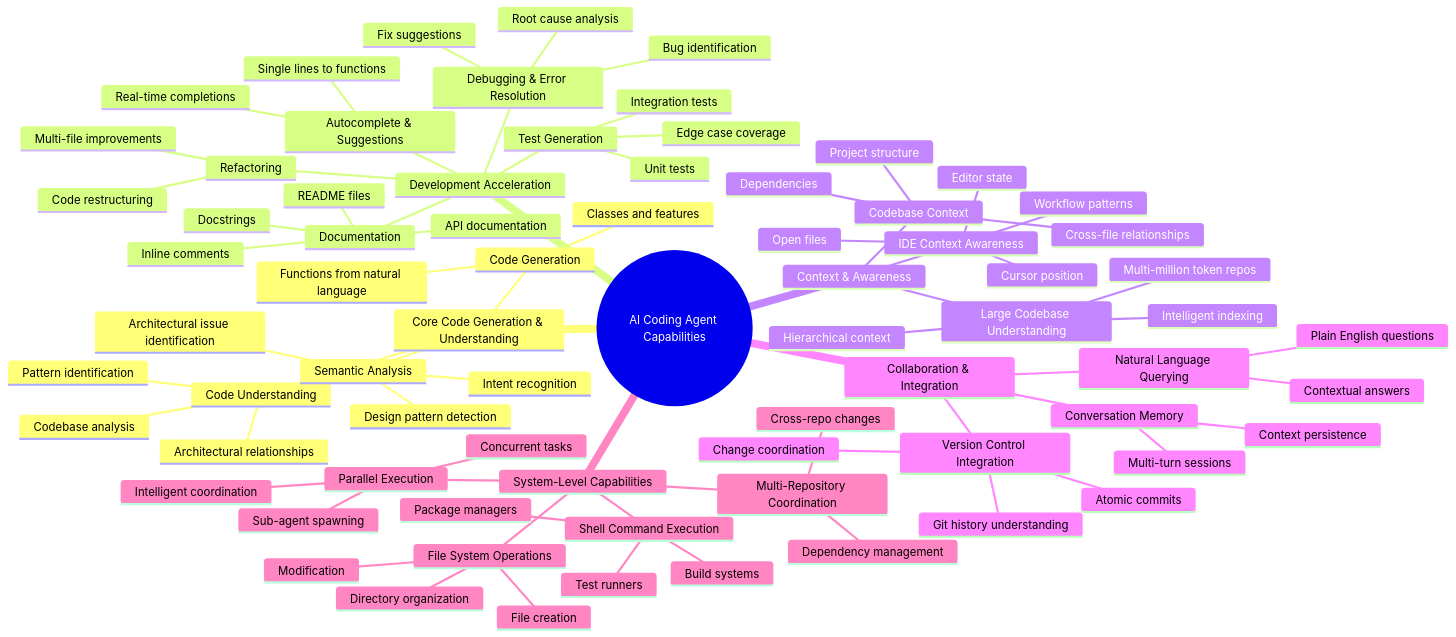
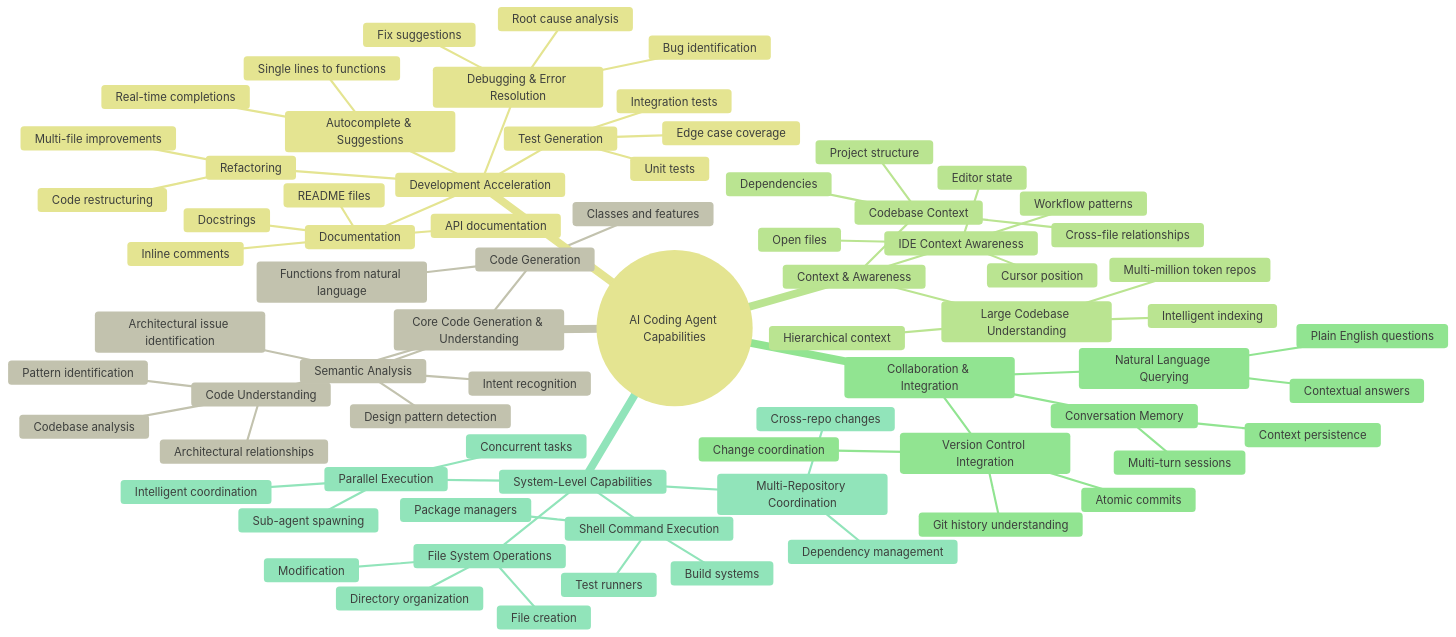
One commit to srikanth-paladugula/Learning changed the second of 5 diagrams in Agentic AI/ai-coding-agents-2026.md. Above: the diagram before and after it, drawn with Mermaid. The commit also changed other lines of this file, not shown here.

First line of the commit message:
Refactor mermaid diagrams and update links

````diff
--- a/Agentic AI/ai-coding-agents-2026.md
+++ b/Agentic AI/ai-coding-agents-2026.md
@@ -39,77 +41,78 @@
 ```mermaid
+%%{init: {"theme": "base", "themeVariables": {"background": "#f9f9f7", "primaryColor": "#fdfdf7", "primaryTextColor": "#3d3f3d", "primaryBorderColor": "#d4927f", "lineColor": "#d4927f", "secondaryColor": "#f9f9f7", "tertiaryColor": "#fdfdf7", "fontFamily": "Segoe UI, Arial, sans-serif"}}}%%
 mindmap
     root((AI Coding Agent Capabilities))
         Core Code Generation & Understanding
             Code Generation
                 Functions from natural language
                 Classes and features
             Code Understanding
                 Codebase analysis
                 Pattern identification
                 Architectural relationships
             Semantic Analysis
                 Intent recognition
                 Design pattern detection
                 Architectural issue identification
         Development Acceleration
             Autocomplete & Suggestions
                 Real-time completions
                 Single lines to functions
             Debugging & Error Resolution
                 Bug identification
                 Fix suggestions
                 Root cause analysis
             Refactoring
                 Code restructuring
                 Multi-file improvements
             Test Generation
                 Unit tests
                 Integration tests
                 Edge case coverage
             Documentation
                 Inline comments
                 Docstrings
                 README files
                 API documentation
         Context & Awareness
             Codebase Context
                 Project structure
                 Dependencies
                 Cross-file relationships
             Large Codebase Understanding
                 Multi-million token repos
                 Intelligent indexing
                 Hierarchical context
             IDE Context Awareness
                 Editor state
                 Cursor position
                 Open files
                 Workflow patterns
         Collaboration & Integration
             Natural Language Querying
                 Plain English questions
                 Contextual answers
             Conversation Memory
                 Multi-turn sessions
                 Context persistence
             Version Control Integration
                 Git history understanding
                 Atomic commits
                 Change coordination
         System-Level Capabilities
             Shell Command Execution
                 Build systems
                 Test runners
                 Package managers
             File System Operations
                 File creation
                 Modification
                 Directory organization
             Multi-Repository Coordination
                 Cross-repo changes
                 Dependency management
             Parallel Execution
                 Sub-agent spawning
                 Concurrent tasks
                 Intelligent coordination
 ```
````
